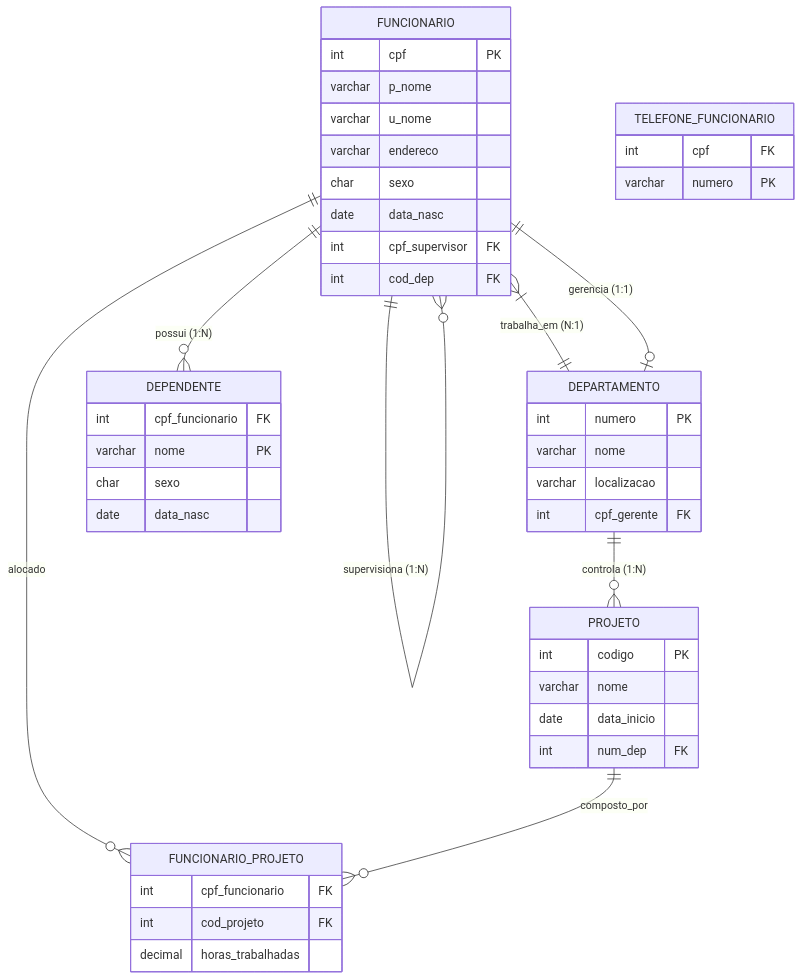
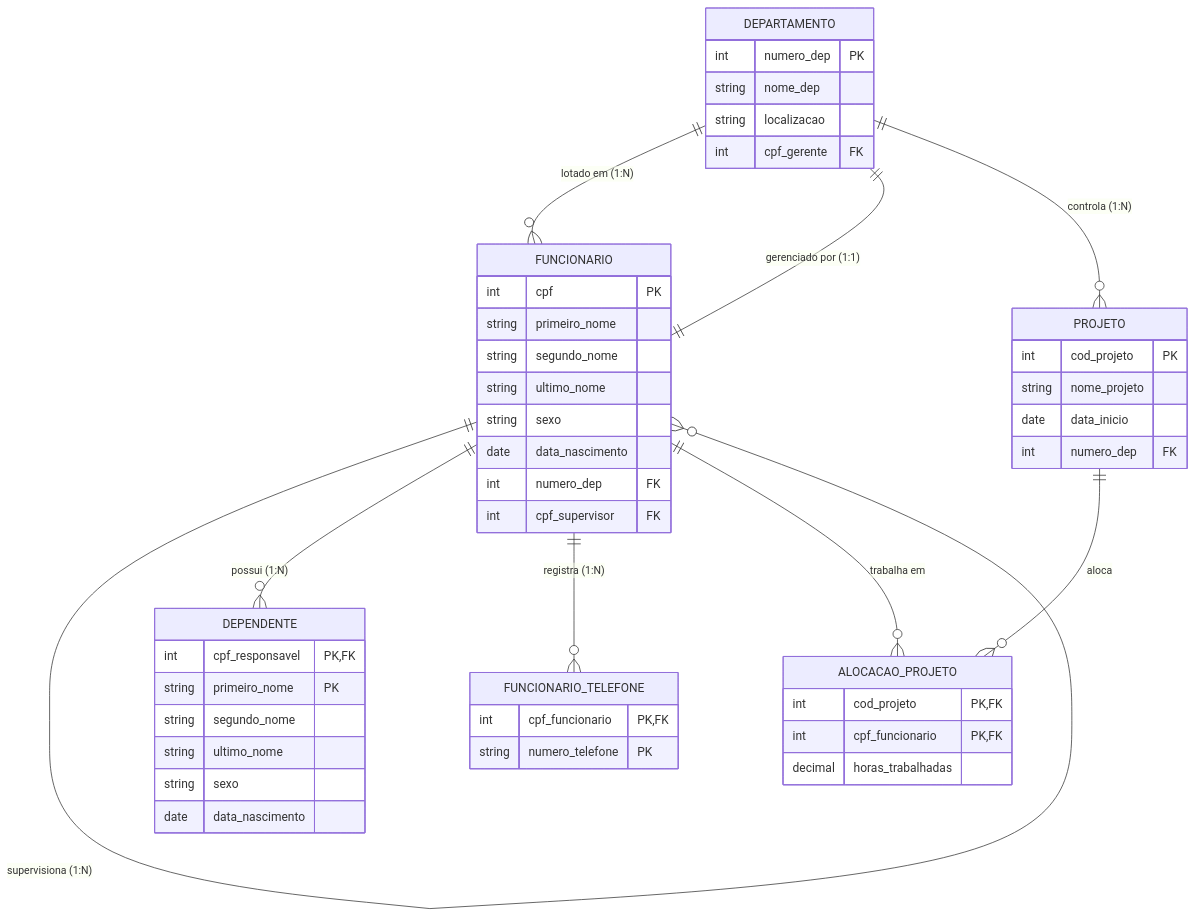
One commit to murilolol/unifef changed the fourth of 14 diagrams in 3º Semestre/[Prof. Guilherme de Morais] Banco de Dados II/Resumos-IA/Caderno-Consolidado.md. Above: the diagram before and after it, drawn with Mermaid. The commit also changed other lines of this file and 40 other files, not shown here.

````diff
--- a/3º Semestre/[Prof. Guilherme de Morais] Banco de Dados II/Resumos-IA/Caderno-Consolidado.md
+++ b/3º Semestre/[Prof. Guilherme de Morais] Banco de Dados II/Resumos-IA/Caderno-Consolidado.md
@@ -187,53 +180,51 @@
 ```mermaid
 erDiagram
-    FUNCIONARIO ||--o{ FUNCIONARIO : "supervisiona (1:N)"
-    FUNCIONARIO }|--|| DEPARTAMENTO : "trabalha_em (N:1)"
-    FUNCIONARIO ||--o| DEPARTAMENTO : "gerencia (1:1)"
-    FUNCIONARIO ||--o{ DEPENDENTE : "possui (1:N)"
-    FUNCIONARIO ||--o{ FUNCIONARIO_PROJETO : "alocado"
-    PROJETO ||--o{ FUNCIONARIO_PROJETO : "composto_por"
-    DEPARTAMENTO ||--o{ PROJETO : "controla (1:N)"
+  DEPARTAMENTO ||--o{ FUNCIONARIO : "lotado em (1:N)"
+  DEPARTAMENTO ||--|| FUNCIONARIO : "gerenciado por (1:1)"
+  FUNCIONARIO ||--o{ FUNCIONARIO : "supervisiona (1:N)"
+  FUNCIONARIO ||--o{ DEPENDENTE : "possui (1:N)"
+  FUNCIONARIO ||--o{ FUNCIONARIO_TELEFONE : "registra (1:N)"
+  FUNCIONARIO ||--o{ ALOCACAO_PROJETO : "trabalha em"
+  PROJETO ||--o{ ALOCACAO_PROJETO : "aloca"
+  DEPARTAMENTO ||--o{ PROJETO : "controla (1:N)"
 
-    FUNCIONARIO {
-        int cpf PK
-        varchar p_nome
-        varchar u_nome
-        varchar endereco
-        char sexo
-        date data_nasc
-        int cpf_supervisor FK
-        int cod_dep FK
-    }
-
-    TELEFONE_FUNCIONARIO {
-        int cpf FK
-        varchar numero PK
-    }
-
-    DEPENDENTE {
-        int cpf_funcionario FK
-        varchar nome PK
-        char sexo
-        date data_nasc
-    }
-
-    DEPARTAMENTO {
-        int numero PK
-        varchar nome
-        varchar localizacao
-        int cpf_gerente FK
-    }
-
-    PROJETO {
-        int codigo PK
-        varchar nome
-        date data_inicio
-        int num_dep FK
-    }
-
-    FUNCIONARIO_PROJETO {
-        int cpf_funcionario FK
-        int cod_projeto FK
-        decimal horas_trabalhadas
-    }
+  DEPARTAMENTO {
+    int numero_dep PK
+    string nome_dep
+    string localizacao
+    int cpf_gerente FK
+  }
+  FUNCIONARIO {
+    int cpf PK
+    string primeiro_nome
+    string segundo_nome
+    string ultimo_nome
+    string sexo
+    date data_nascimento
+    int numero_dep FK
+    int cpf_supervisor FK
+  }
+  DEPENDENTE {
+    int cpf_responsavel PK, FK
+    string primeiro_nome PK
+    string segundo_nome
+    string ultimo_nome
+    string sexo
+    date data_nascimento
+  }
+  FUNCIONARIO_TELEFONE {
+    int cpf_funcionario PK, FK
+    string numero_telefone PK
+  }
+  PROJETO {
+    int cod_projeto PK
+    string nome_projeto
+    date data_inicio
+    int numero_dep FK
+  }
+  ALOCACAO_PROJETO {
+    int cod_projeto PK, FK
+    int cpf_funcionario PK, FK
+    decimal horas_trabalhadas
+  }
 ```
````
